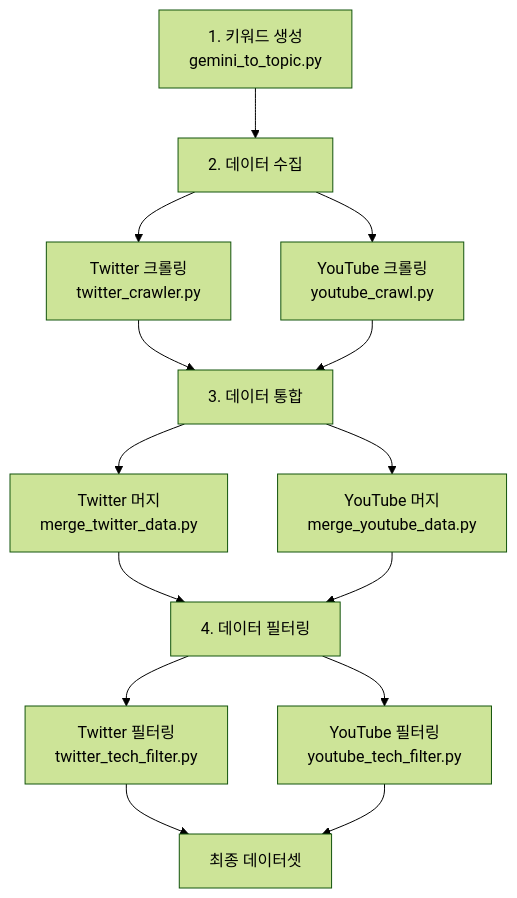
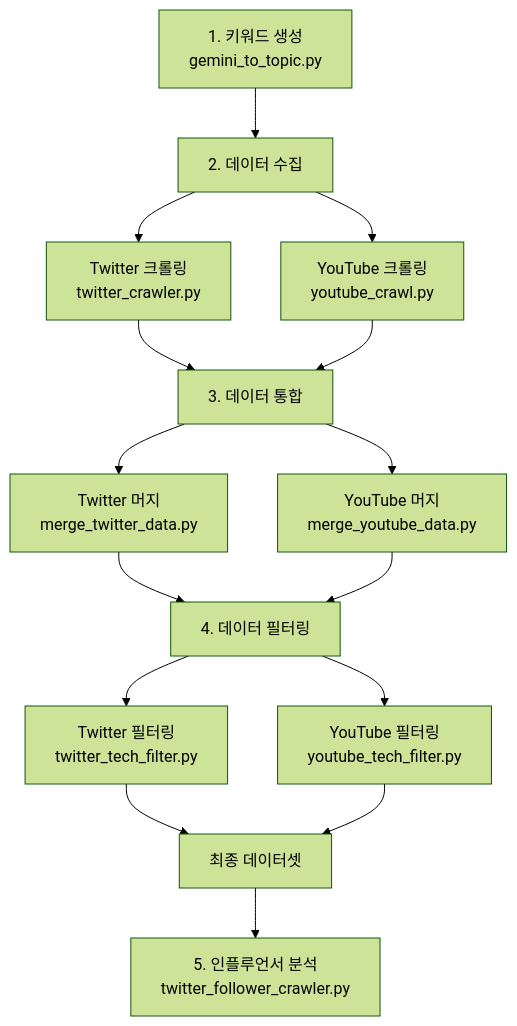
The diagram in README.md (CREE1116/business-modeling_2_crawl_and_preprocess), drawn with Mermaid (forest theme) before and after one commit. The commit also changed other lines of this file and 8 other files, not shown here.

````diff
--- a/README.md
+++ b/README.md
@@ -7,16 +7,17 @@
 ```mermaid
 graph TD
     A[1. 키워드 생성<br/>gemini_to_topic.py] --> B[2. 데이터 수집]
     B --> C[Twitter 크롤링<br/>twitter_crawler.py]
     B --> D[YouTube 크롤링<br/>youtube_crawl.py]
     C --> E[3. 데이터 통합]
     D --> E
     E --> F[Twitter 머지<br/>merge_twitter_data.py]
     E --> G[YouTube 머지<br/>merge_youtube_data.py]
     F --> H[4. 데이터 필터링]
     G --> H
     H --> I[Twitter 필터링<br/>twitter_tech_filter.py]
     H --> J[YouTube 필터링<br/>youtube_tech_filter.py]
     I --> K[최종 데이터셋]
     J --> K
+    K --> L[5. 인플루언서 분석<br/>twitter_follower_crawler.py]
 ```
````
